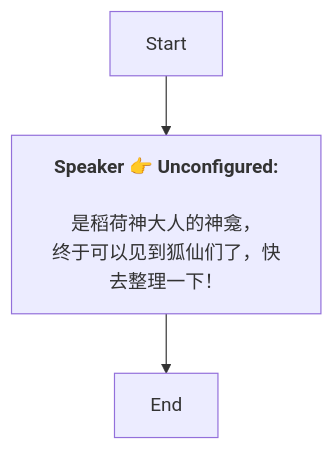
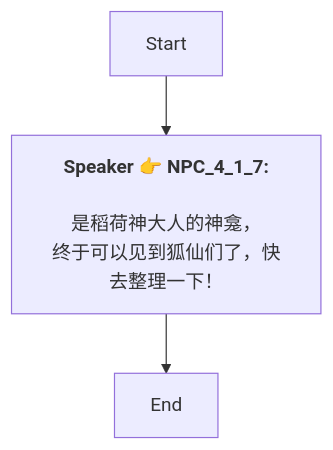
One commit to SoftHu/tos_avg changed the diagram in Zh/QuestApproachDialogNode_1742098865445117.md. Above: the diagram before and after it, drawn with Mermaid. The commit also changed 737 other files, not shown here.

````diff
--- a/Zh/QuestApproachDialogNode_1742098865445117.md
+++ b/Zh/QuestApproachDialogNode_1742098865445117.md
@@ -1,9 +1,8 @@
 ```mermaid
 graph
-Start -->1742098905540864[<b>Speaker 👉 Unconfigured:</b>
-
-是稻荷神大人的神龛，
+Start -->1742098905540864[<b>Speaker 👉 NPC_4_1_7:</b>
+\n是稻荷神大人的神龛，
 终于可以见到狐仙们了，快去整理一下！]
 1742098905540864 -->1742098910049537[End]
 
- ```
+```
````
